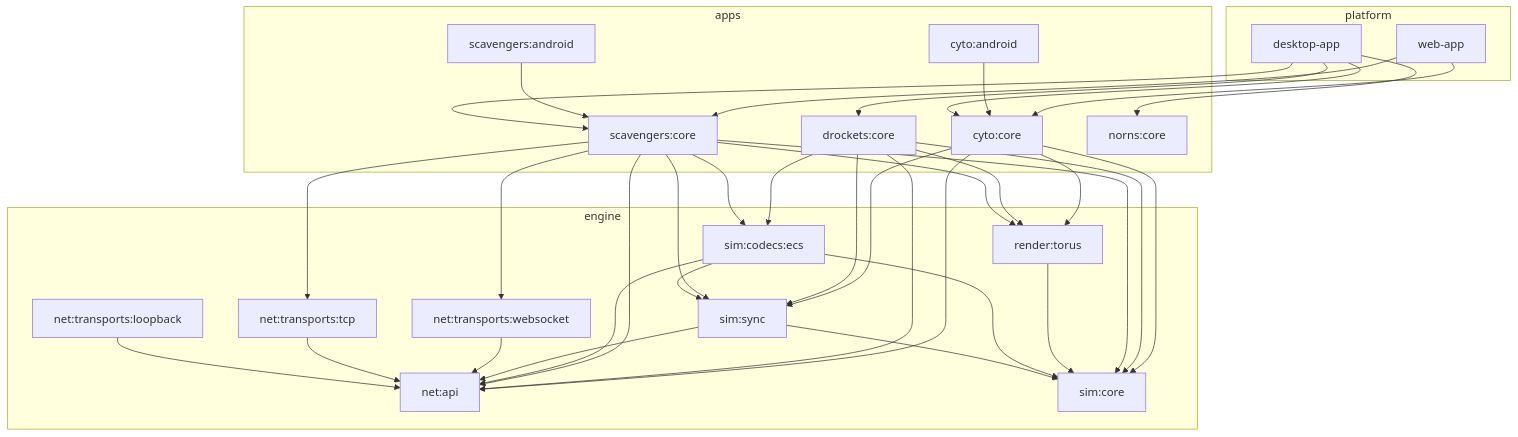
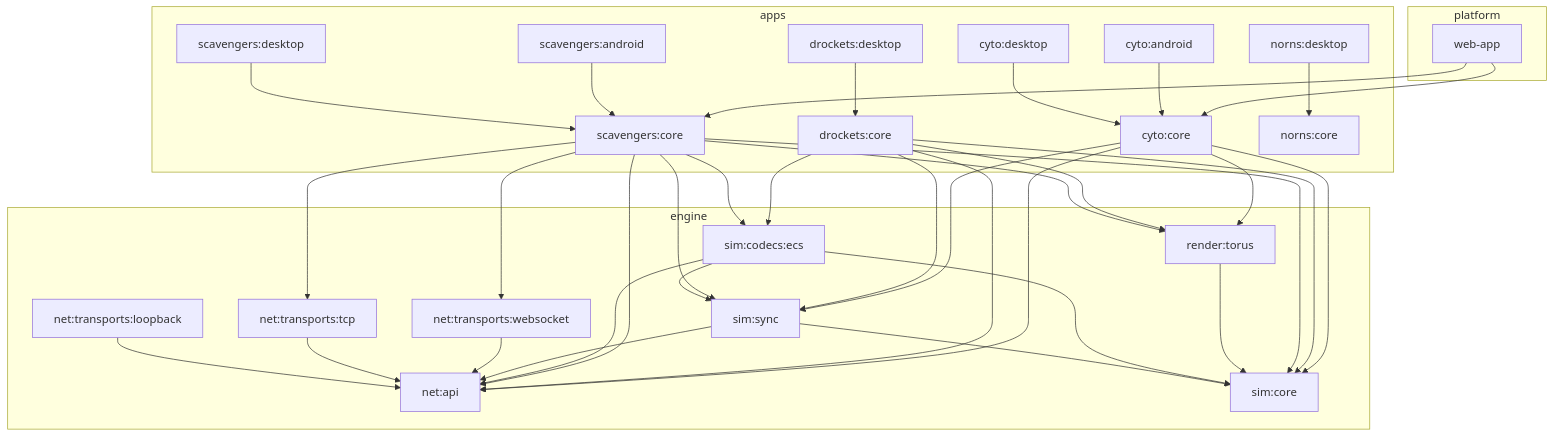
One commit to stuartorchard8/Emerge changed the diagram in README.md. Above: the diagram before and after it, drawn with Mermaid. The commit also changed other lines of this file and 93 other files, not shown here.

First line of the commit message:
restructure step 3: split desktop-app into per-app :apps:X:desktop modules

````diff
--- a/README.md
+++ b/README.md
@@ -65,47 +65,53 @@
 ```mermaid
 graph TD
   subgraph engine
     net_api[net:api]
     net_loop[net:transports:loopback]
     net_tcp[net:transports:tcp]
     net_ws[net:transports:websocket]
     sim_core[sim:core]
     sim_sync[sim:sync]
     codecs_ecs[sim:codecs:ecs]
     render[render:torus]
   end
 
   subgraph apps
     scav[scavengers:core]
     drockets[drockets:core]
     cyto[cyto:core]
     norns[norns:core]
+    desk_scav[scavengers:desktop]
+    desk_drockets[drockets:desktop]
+    desk_cyto[cyto:desktop]
+    desk_norns[norns:desktop]
     android_scav[scavengers:android]
     android_cyto[cyto:android]
   end
 
   subgraph platform
-    desktop[desktop-app]
     web[web-app]
   end
 
   net_loop --> net_api
   net_tcp --> net_api
   net_ws --> net_api
 
   sim_sync --> sim_core
   sim_sync --> net_api
   codecs_ecs --> sim_core
   codecs_ecs --> sim_sync
   codecs_ecs --> net_api
   render --> sim_core
 
   scav --> sim_core & sim_sync & codecs_ecs & render & net_api & net_tcp & net_ws
   drockets --> sim_core & sim_sync & codecs_ecs & render & net_api
   cyto --> sim_core & sim_sync & render & net_api
 
-  desktop --> scav & drockets & cyto & norns
+  desk_scav --> scav
+  desk_drockets --> drockets
+  desk_cyto --> cyto
+  desk_norns --> norns
   android_scav --> scav
   android_cyto --> cyto
   web --> scav & cyto
 ```
````
